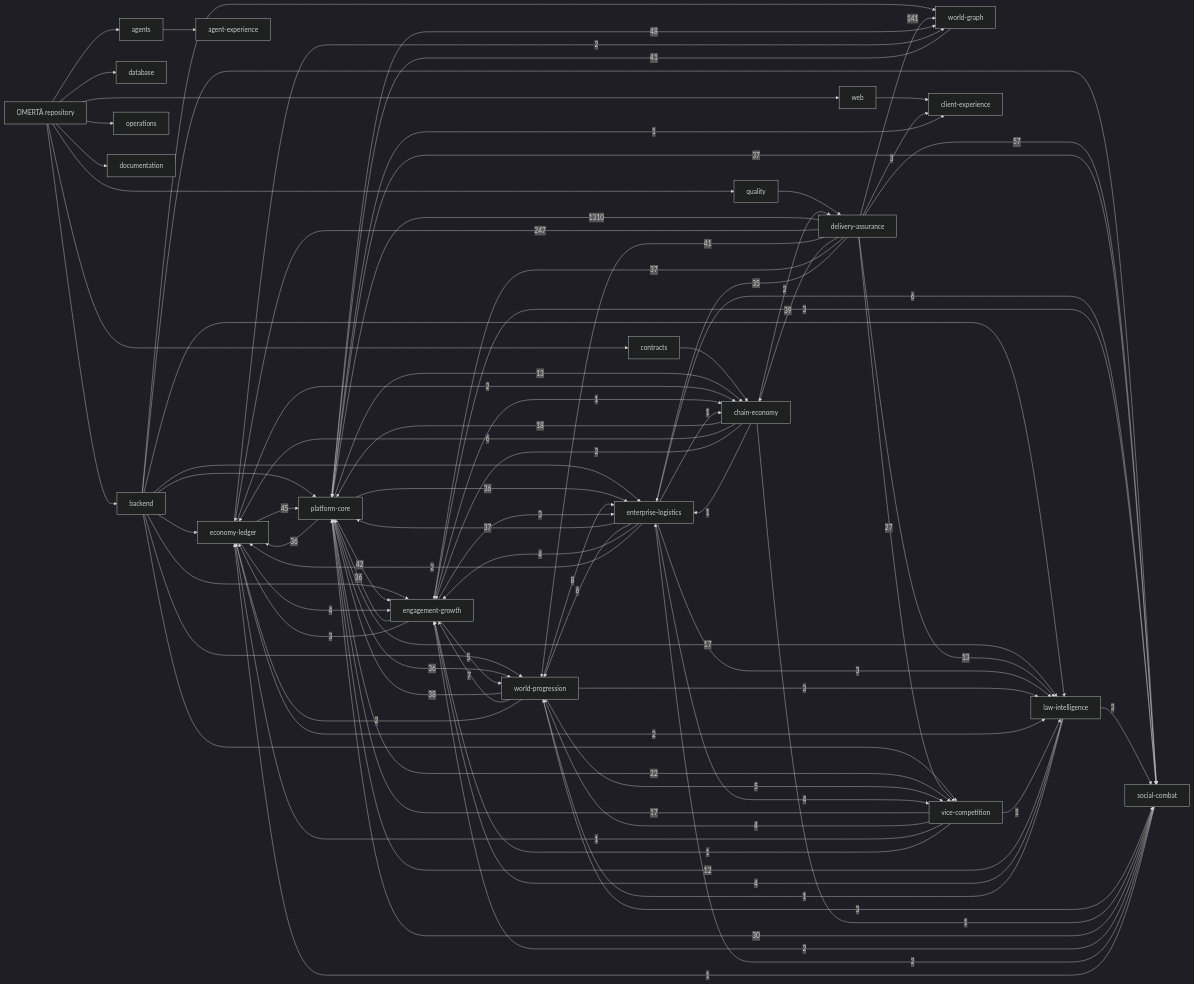
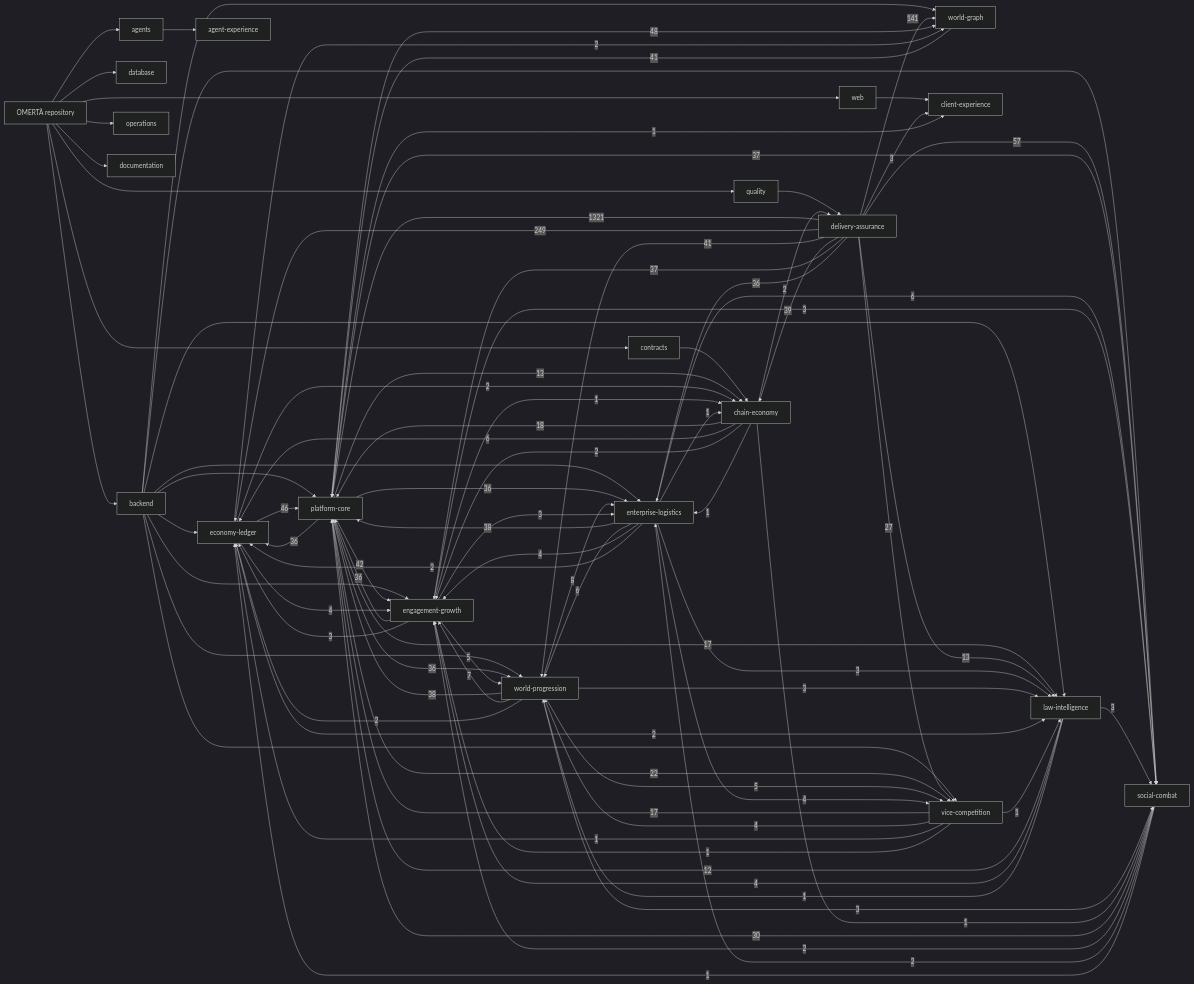
The diagram in knowledge/generated/graph.mmd (OmertaDev/Omerta), drawn with Mermaid (dark theme) before and after one commit. The commit also changed 8 other files, not shown here.

```diff
--- a/knowledge/generated/graph.mmd
+++ b/knowledge/generated/graph.mmd
@@ -1,111 +1,111 @@
 flowchart LR
   repo["OMERTÀ repository"]
   sub_backend["backend"]
   repo --> sub_backend
   sub_database["database"]
   repo --> sub_database
   sub_web["web"]
   repo --> sub_web
   sub_contracts["contracts"]
   repo --> sub_contracts
   sub_agents["agents"]
   repo --> sub_agents
   sub_quality["quality"]
   repo --> sub_quality
   sub_operations["operations"]
   repo --> sub_operations
   sub_documentation["documentation"]
   repo --> sub_documentation
   dom_platform-core["platform-core"]
   dom_economy-ledger["economy-ledger"]
   dom_social-combat["social-combat"]
   dom_world-progression["world-progression"]
   dom_world-graph["world-graph"]
   dom_enterprise-logistics["enterprise-logistics"]
   dom_vice-competition["vice-competition"]
   dom_law-intelligence["law-intelligence"]
   dom_chain-economy["chain-economy"]
   dom_engagement-growth["engagement-growth"]
   dom_client-experience["client-experience"]
   dom_agent-experience["agent-experience"]
   dom_delivery-assurance["delivery-assurance"]
   sub_agents --> dom_agent-experience
   sub_backend --> dom_economy-ledger
   sub_backend --> dom_engagement-growth
   sub_backend --> dom_enterprise-logistics
   sub_backend --> dom_law-intelligence
   sub_backend --> dom_platform-core
   sub_backend --> dom_social-combat
   sub_backend --> dom_vice-competition
   sub_backend --> dom_world-graph
   sub_backend --> dom_world-progression
   sub_contracts --> dom_chain-economy
   sub_quality --> dom_delivery-assurance
   sub_web --> dom_client-experience
-  dom_delivery-assurance -->|1310| dom_platform-core
-  dom_delivery-assurance -->|247| dom_economy-ledger
+  dom_delivery-assurance -->|1321| dom_platform-core
+  dom_delivery-assurance -->|249| dom_economy-ledger
   dom_delivery-assurance -->|141| dom_world-graph
   dom_delivery-assurance -->|57| dom_social-combat
   dom_platform-core -->|48| dom_world-graph
-  dom_economy-ledger -->|45| dom_platform-core
+  dom_economy-ledger -->|46| dom_platform-core
   dom_platform-core -->|42| dom_engagement-growth
   dom_delivery-assurance -->|41| dom_world-progression
   dom_world-graph -->|41| dom_platform-core
   dom_delivery-assurance -->|39| dom_chain-economy
+  dom_enterprise-logistics -->|38| dom_platform-core
   dom_world-progression -->|38| dom_platform-core
   dom_delivery-assurance -->|37| dom_engagement-growth
-  dom_enterprise-logistics -->|37| dom_platform-core
   dom_platform-core -->|37| dom_social-combat
+  dom_delivery-assurance -->|36| dom_enterprise-logistics
   dom_engagement-growth -->|36| dom_platform-core
   dom_platform-core -->|36| dom_economy-ledger
   dom_platform-core -->|36| dom_enterprise-logistics
   dom_platform-core -->|36| dom_world-progression
-  dom_delivery-assurance -->|35| dom_enterprise-logistics
   dom_social-combat -->|30| dom_platform-core
   dom_delivery-assurance -->|27| dom_vice-competition
   dom_platform-core -->|22| dom_vice-competition
   dom_chain-economy -->|18| dom_platform-core
   dom_platform-core -->|17| dom_law-intelligence
   dom_vice-competition -->|17| dom_platform-core
   dom_delivery-assurance -->|13| dom_law-intelligence
   dom_platform-core -->|13| dom_chain-economy
   dom_law-intelligence -->|12| dom_platform-core
   dom_world-progression -->|8| dom_enterprise-logistics
   dom_world-progression -->|7| dom_engagement-growth
   dom_chain-economy -->|6| dom_economy-ledger
   dom_enterprise-logistics -->|6| dom_social-combat
   dom_enterprise-logistics -->|6| dom_world-progression
   dom_engagement-growth -->|5| dom_world-progression
   dom_world-progression -->|5| dom_vice-competition
   dom_economy-ledger -->|4| dom_engagement-growth
   dom_enterprise-logistics -->|4| dom_engagement-growth
   dom_enterprise-logistics -->|4| dom_vice-competition
   dom_law-intelligence -->|4| dom_engagement-growth
   dom_vice-competition -->|4| dom_world-progression
   dom_delivery-assurance -->|3| dom_client-experience
   dom_engagement-growth -->|3| dom_economy-ledger
   dom_engagement-growth -->|3| dom_enterprise-logistics
   dom_engagement-growth -->|3| dom_social-combat
   dom_enterprise-logistics -->|3| dom_law-intelligence
   dom_law-intelligence -->|3| dom_social-combat
   dom_world-progression -->|3| dom_law-intelligence
   dom_world-progression -->|3| dom_social-combat
   dom_chain-economy -->|2| dom_delivery-assurance
   dom_chain-economy -->|2| dom_engagement-growth
   dom_economy-ledger -->|2| dom_chain-economy
   dom_economy-ledger -->|2| dom_law-intelligence
   dom_economy-ledger -->|2| dom_world-graph
   dom_enterprise-logistics -->|2| dom_economy-ledger
   dom_social-combat -->|2| dom_engagement-growth
   dom_social-combat -->|2| dom_enterprise-logistics
   dom_world-progression -->|2| dom_economy-ledger
   dom_chain-economy -->|1| dom_enterprise-logistics
   dom_chain-economy -->|1| dom_social-combat
   dom_engagement-growth -->|1| dom_chain-economy
   dom_enterprise-logistics -->|1| dom_chain-economy
   dom_law-intelligence -->|1| dom_world-progression
   dom_platform-core -->|1| dom_client-experience
   dom_social-combat -->|1| dom_economy-ledger
   dom_vice-competition -->|1| dom_economy-ledger
   dom_vice-competition -->|1| dom_engagement-growth
   dom_vice-competition -->|1| dom_law-intelligence
```
